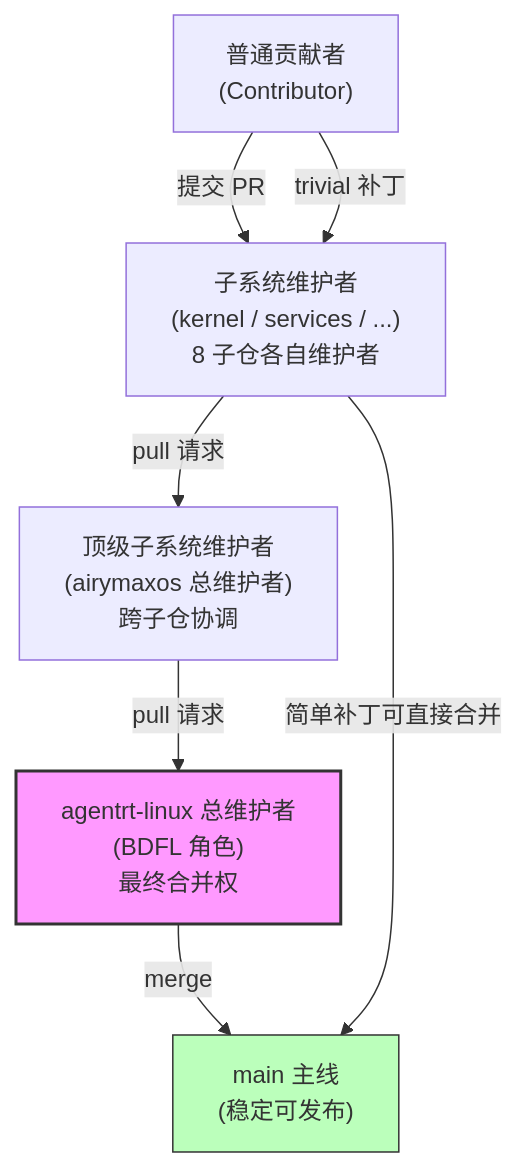
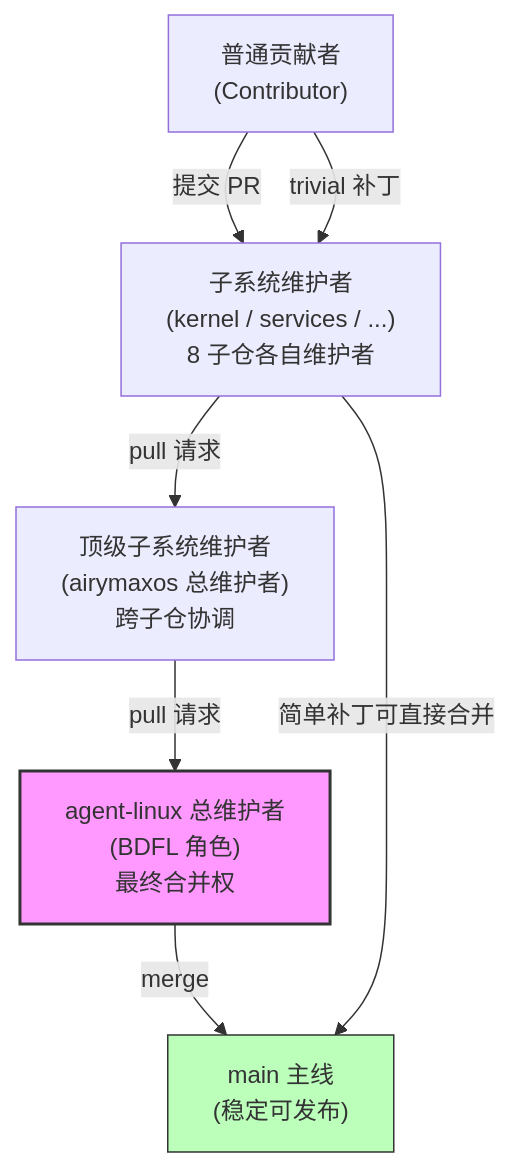
The diagram in 50-engineering-standards/07-maintainers-and-governance.md (openairymax/docs-linux), drawn with Mermaid before and after one commit. The commit also changed other lines of this file and 172 other files, not shown here.

Commit message:
docs: rename agentrt-linux to agent-linux across docs v0.1.3 双工程结构：agentrt-linux 改名 agent-linux。docs 全仓 186 个 文件中的 agentrt-linux 引用统一为 agent-linux（AirymaxOS 工程名/ URL/路径引用；commit hash 与历史不变）。

````diff
--- a/50-engineering-standards/07-maintainers-and-governance.md
+++ b/50-engineering-standards/07-maintainers-and-governance.md
@@ -336,11 +336,11 @@
 ```mermaid
 graph TD
     A["普通贡献者<br/>(Contributor)"] -->|提交 PR| B["子系统维护者<br/>(kernel / services / ...)<br/>8 子仓各自维护者"]
     B -->|pull 请求| C["顶级子系统维护者<br/>(airymaxos 总维护者)<br/>跨子仓协调"]
-    C -->|pull 请求| D["agentrt-linux 总维护者<br/>(BDFL 角色)<br/>最终合并权"]
+    C -->|pull 请求| D["agent-linux 总维护者<br/>(BDFL 角色)<br/>最终合并权"]
     D -->|merge| E["main 主线<br/>(稳定可发布)"]
     B -->|简单补丁可直接合并| E
     A -->| trivial 补丁| B
     style D fill:#f9f,stroke:#333,stroke-width:2px
     style E fill:#bfb,stroke:#333
 ```
````
